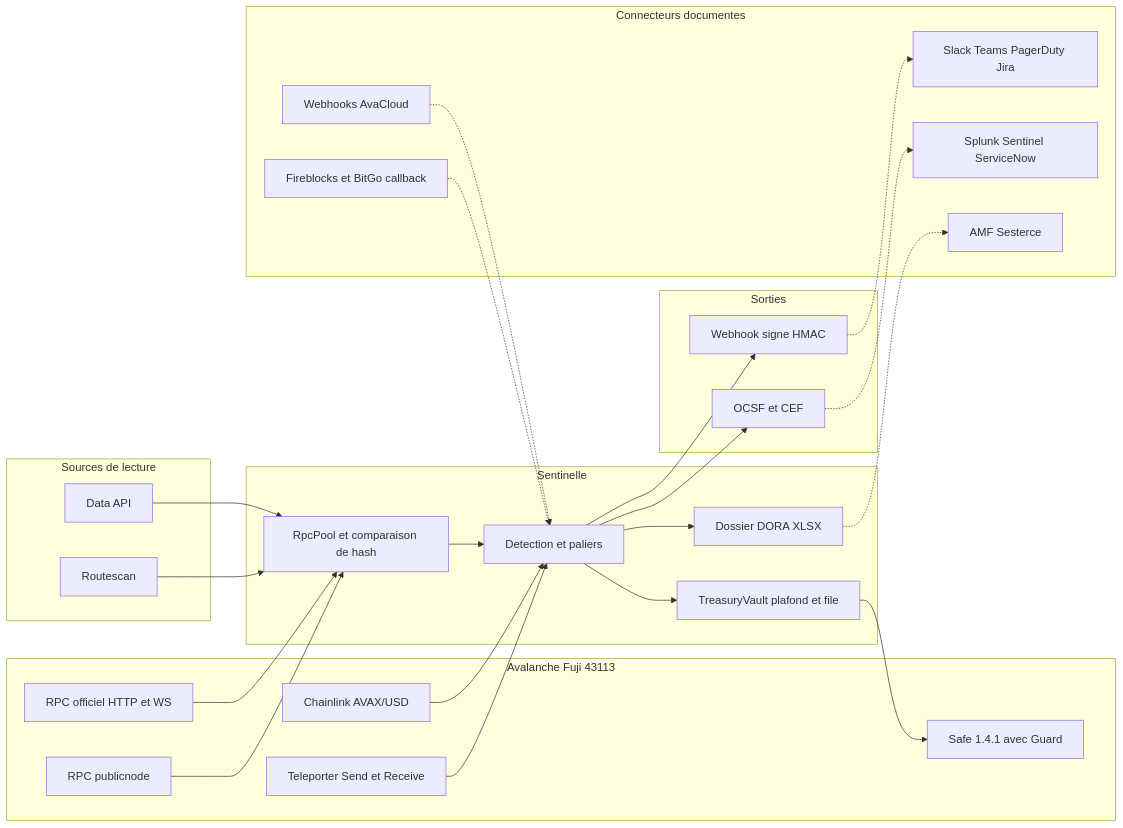
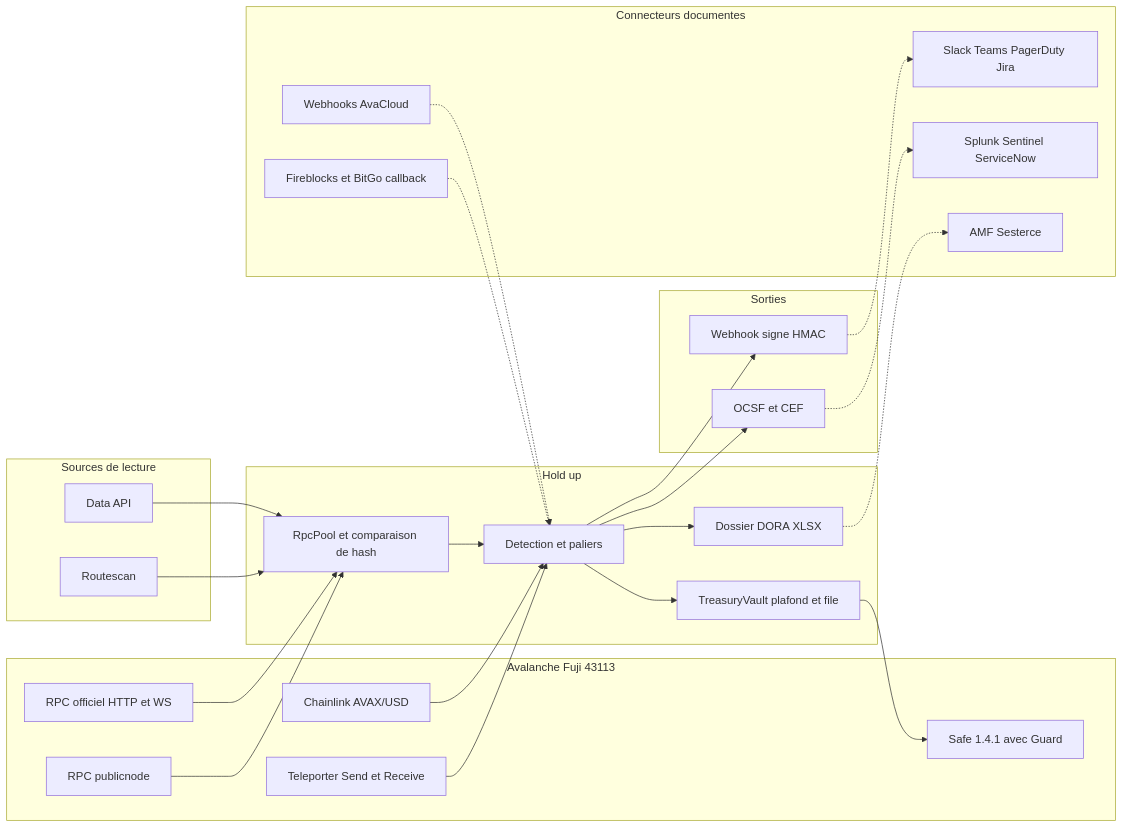
The diagram in research/tracks/T1_P4_connecteurs_testes.md (adembnn/secure-horizon), drawn with Mermaid before and after one commit. The commit also changed other lines of this file and 105 other files, not shown here.

````diff
--- a/research/tracks/T1_P4_connecteurs_testes.md
+++ b/research/tracks/T1_P4_connecteurs_testes.md
@@ -120,48 +120,48 @@
 ```mermaid
 flowchart LR
   subgraph Fuji["Avalanche Fuji 43113"]
     RPC1["RPC officiel HTTP et WS"]
     RPC2["RPC publicnode"]
     CL["Chainlink AVAX/USD"]
     ICM["Teleporter Send et Receive"]
     SAFE["Safe 1.4.1 avec Guard"]
   end
   subgraph Sources["Sources de lecture"]
     DAPI["Data API"]
     RS["Routescan"]
   end
-  subgraph Sentinelle["Sentinelle"]
+  subgraph HoldUp["Hold up"]
     POOL["RpcPool et comparaison de hash"]
     DET["Detection et paliers"]
     VAULT["TreasuryVault plafond et file"]
     DORA["Dossier DORA XLSX"]
   end
   subgraph Sorties["Sorties"]
     OCSF["OCSF et CEF"]
     HOOK["Webhook signe HMAC"]
   end
   subgraph Doc["Connecteurs documentes"]
     AVW["Webhooks AvaCloud"]
     FB["Fireblocks et BitGo callback"]
     CHAT["Slack Teams PagerDuty Jira"]
     SIEM["Splunk Sentinel ServiceNow"]
     AMF["AMF Sesterce"]
   end
   RPC1 --> POOL
   RPC2 --> POOL
   DAPI --> POOL
   RS --> POOL
   CL --> DET
   ICM --> DET
   POOL --> DET
   DET --> VAULT
   VAULT --> SAFE
   DET --> DORA
   DET --> OCSF
   DET --> HOOK
   HOOK -.-> CHAT
   OCSF -.-> SIEM
   AVW -.-> DET
   FB -.-> DET
   DORA -.-> AMF
 ```
````
